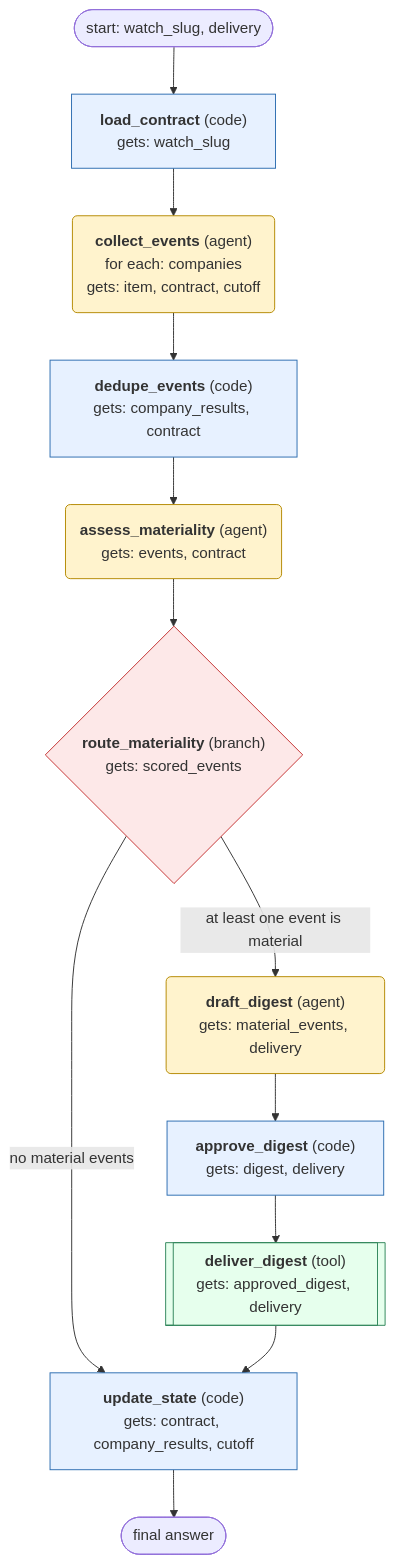
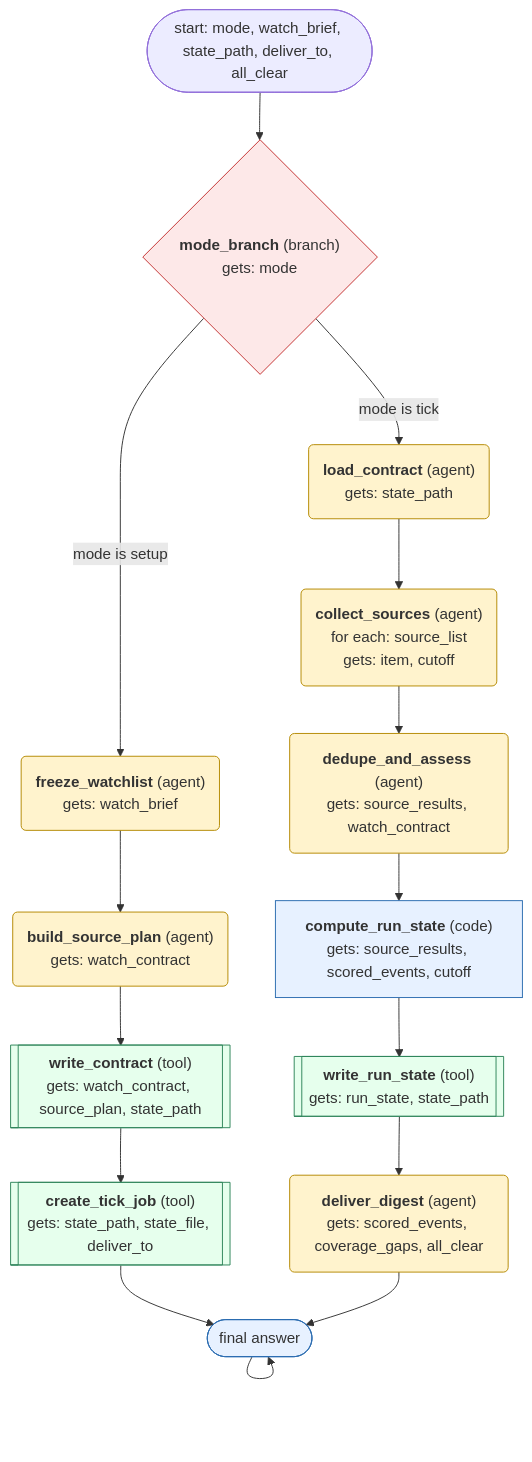
The diagram in workflow/generated/competitor-news-monitor/FLOWCHART.md (payalkanyan/hermes-pilot), drawn with Mermaid before and after one commit. The commit also changed other lines of this file and 39 other files, not shown here.

````diff
--- a/workflow/generated/competitor-news-monitor/FLOWCHART.md
+++ b/workflow/generated/competitor-news-monitor/FLOWCHART.md
@@ -5,32 +5,38 @@
 ```mermaid
 flowchart TD
-  start(["start: watch_slug, delivery"])
-  load_contract["<b>load_contract</b> (code)<br/>gets: watch_slug"]
-  collect_events("<b>collect_events</b> (agent)<br/>for each: companies<br/>gets: item, contract, cutoff")
-  dedupe_events["<b>dedupe_events</b> (code)<br/>gets: company_results, contract"]
-  assess_materiality("<b>assess_materiality</b> (agent)<br/>gets: events, contract")
-  route_materiality{"<b>route_materiality</b> (branch)<br/>gets: scored_events"}
-  draft_digest("<b>draft_digest</b> (agent)<br/>gets: material_events, delivery")
-  approve_digest["<b>approve_digest</b> (code)<br/>gets: digest, delivery"]
-  deliver_digest[["<b>deliver_digest</b> (tool)<br/>gets: approved_digest, delivery"]]
-  update_state["<b>update_state</b> (code)<br/>gets: contract, company_results, cutoff"]
-  update_state --> finish(["final answer"])
-  start --> load_contract
-  load_contract --> collect_events
-  collect_events --> dedupe_events
-  dedupe_events --> assess_materiality
-  assess_materiality --> route_materiality
-  route_materiality -->|at least one event is material| draft_digest
-  route_materiality -->|no material events| update_state
-  draft_digest --> approve_digest
-  approve_digest --> deliver_digest
-  deliver_digest --> update_state
+  start(["start: mode, watch_brief, state_path, deliver_to, all_clear"])
+  mode_branch{"<b>mode_branch</b> (branch)<br/>gets: mode"}
+  freeze_watchlist("<b>freeze_watchlist</b> (agent)<br/>gets: watch_brief")
+  build_source_plan("<b>build_source_plan</b> (agent)<br/>gets: watch_contract")
+  write_contract[["<b>write_contract</b> (tool)<br/>gets: watch_contract, source_plan, state_path"]]
+  create_tick_job[["<b>create_tick_job</b> (tool)<br/>gets: state_path, state_file, deliver_to"]]
+  load_contract("<b>load_contract</b> (agent)<br/>gets: state_path")
+  collect_sources("<b>collect_sources</b> (agent)<br/>for each: source_list<br/>gets: item, cutoff")
+  dedupe_and_assess("<b>dedupe_and_assess</b> (agent)<br/>gets: source_results, watch_contract")
+  compute_run_state["<b>compute_run_state</b> (code)<br/>gets: source_results, scored_events, cutoff"]
+  write_run_state[["<b>write_run_state</b> (tool)<br/>gets: run_state, state_path"]]
+  deliver_digest("<b>deliver_digest</b> (agent)<br/>gets: scored_events, coverage_gaps, all_clear")
+  finish["<b>finish</b> (code)<br/>gets: outcome"]
+  finish --> finish(["final answer"])
+  start --> mode_branch
+  mode_branch -->|mode is setup| freeze_watchlist
+  mode_branch -->|mode is tick| load_contract
+  freeze_watchlist --> build_source_plan
+  build_source_plan --> write_contract
+  write_contract --> create_tick_job
+  create_tick_job --> finish
+  load_contract --> collect_sources
+  collect_sources --> dedupe_and_assess
+  dedupe_and_assess --> compute_run_state
+  compute_run_state --> write_run_state
+  write_run_state --> deliver_digest
+  deliver_digest --> finish
   classDef agent fill:#fff3cd,stroke:#b58900;
   classDef code fill:#e7f1ff,stroke:#2b6cb0;
   classDef tool fill:#e6ffed,stroke:#2f855a;
   classDef branch fill:#fde8e8,stroke:#c53030;
-  class collect_events,assess_materiality,draft_digest agent;
-  class route_materiality branch;
-  class load_contract,dedupe_events,approve_digest,update_state code;
-  class deliver_digest tool;
+  class write_contract,create_tick_job,write_run_state tool;
+  class freeze_watchlist,build_source_plan,load_contract,collect_sources,dedupe_and_assess,deliver_digest agent;
+  class compute_run_state,finish code;
+  class mode_branch branch;
 ```
````
